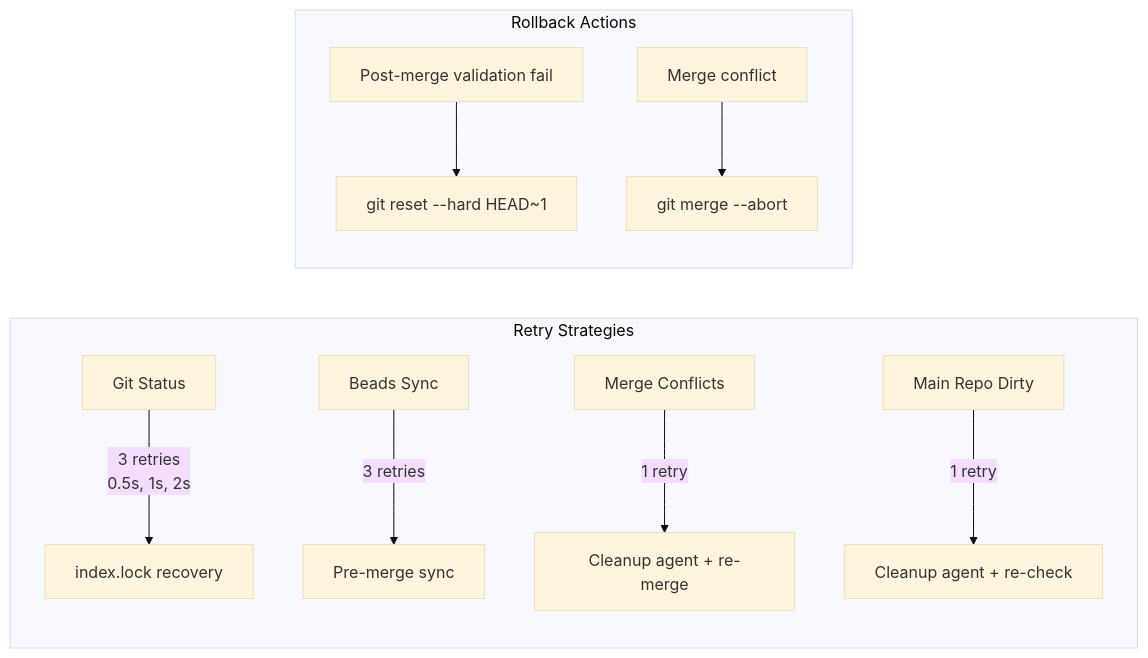
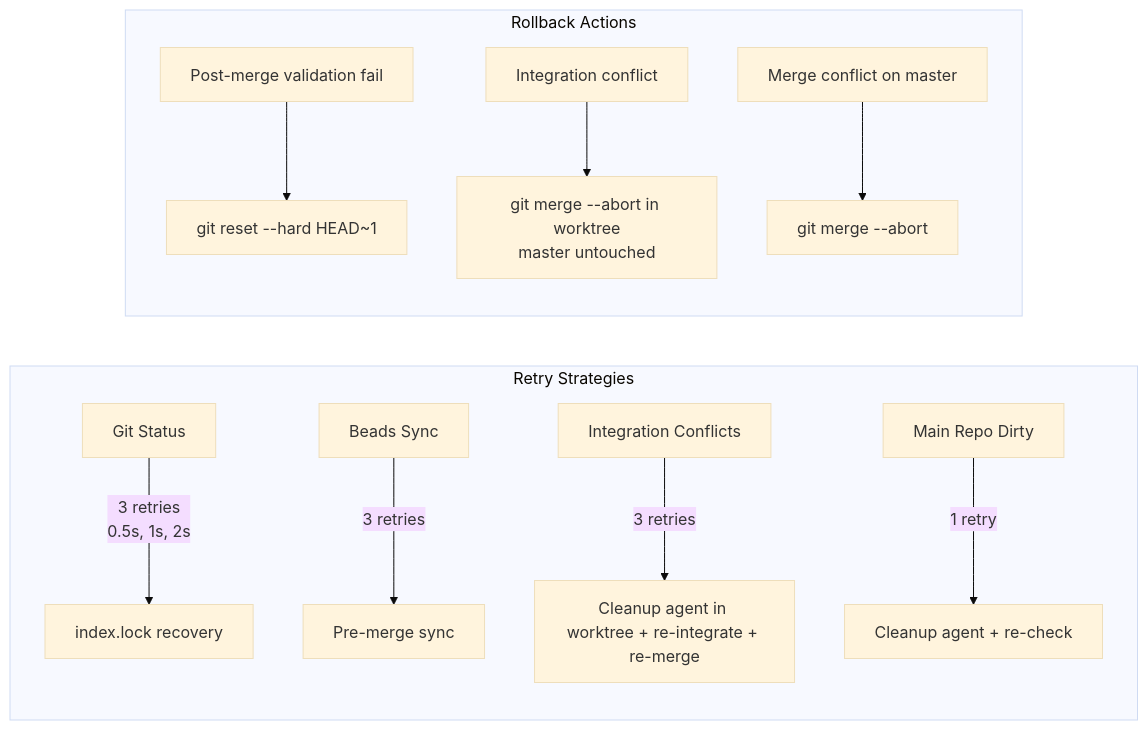
Before and after one commit to AmeliaRose802/PokePoke: the fifth of 5 diagrams in docs/merge-workflow.md, drawn with Mermaid (base theme). The commit also changed other lines of this file, not shown here.

First line of the commit message:
docs: update merge-workflow diagrams for pre-merge integration step

````diff
--- a/docs/merge-workflow.md
+++ b/docs/merge-workflow.md
@@ -209,14 +229,15 @@
 ```mermaid
 flowchart LR
     subgraph "Retry Strategies"
         B[Git Status] -->|"3 retries<br/>0.5s, 1s, 2s"| B1[index.lock recovery]
         C[Beads Sync] -->|"3 retries"| C1[Pre-merge sync]
-        D[Merge Conflicts] -->|"1 retry"| D1[Cleanup agent + re-merge]
+        D[Integration Conflicts] -->|"3 retries"| D1[Cleanup agent in worktree + re-integrate + re-merge]
         E[Main Repo Dirty] -->|"1 retry"| E1[Cleanup agent + re-check]
     end
 
     subgraph "Rollback Actions"
         R1[Post-merge validation fail] --> R1a[git reset --hard HEAD~1]
-        R3[Merge conflict] --> R3a[git merge --abort]
+        R2[Integration conflict] --> R2a[git merge --abort in worktree<br/>master untouched]
+        R3[Merge conflict on master] --> R3a[git merge --abort]
     end
 ```
````
